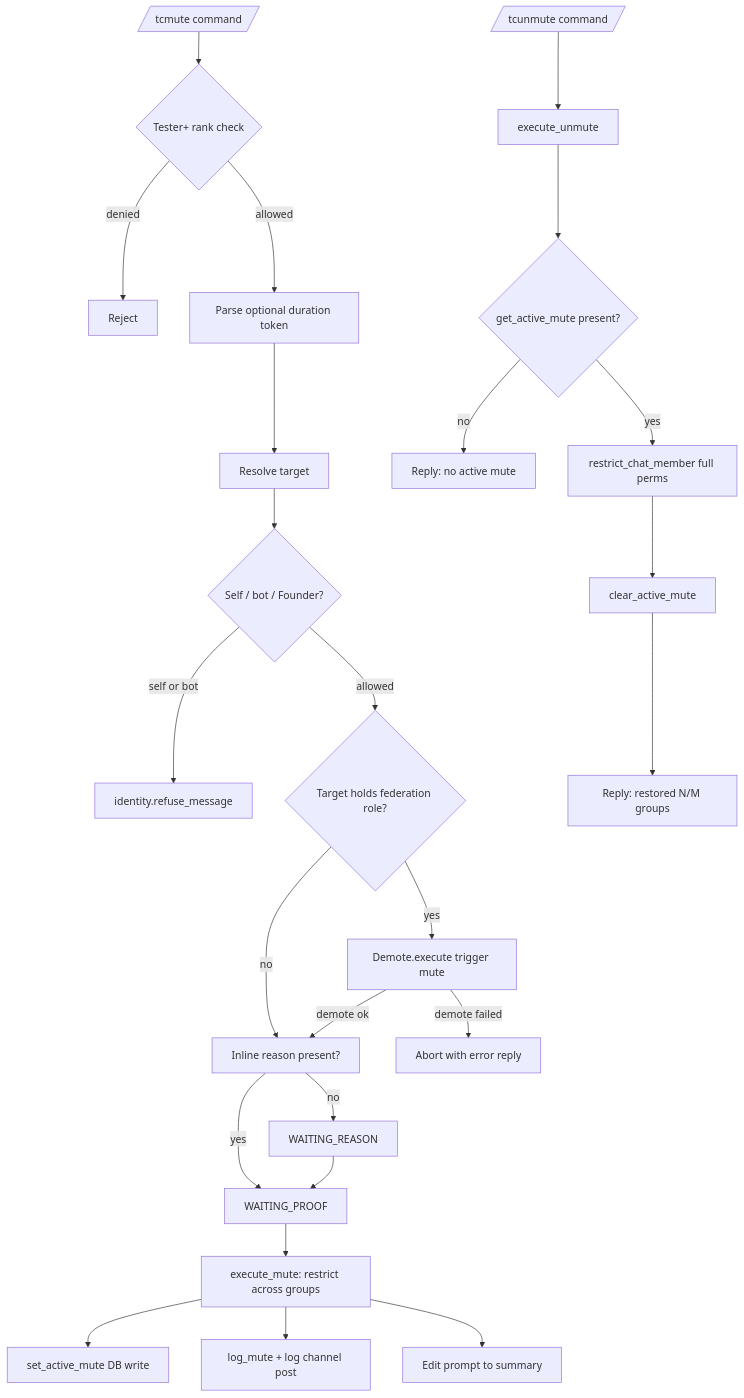
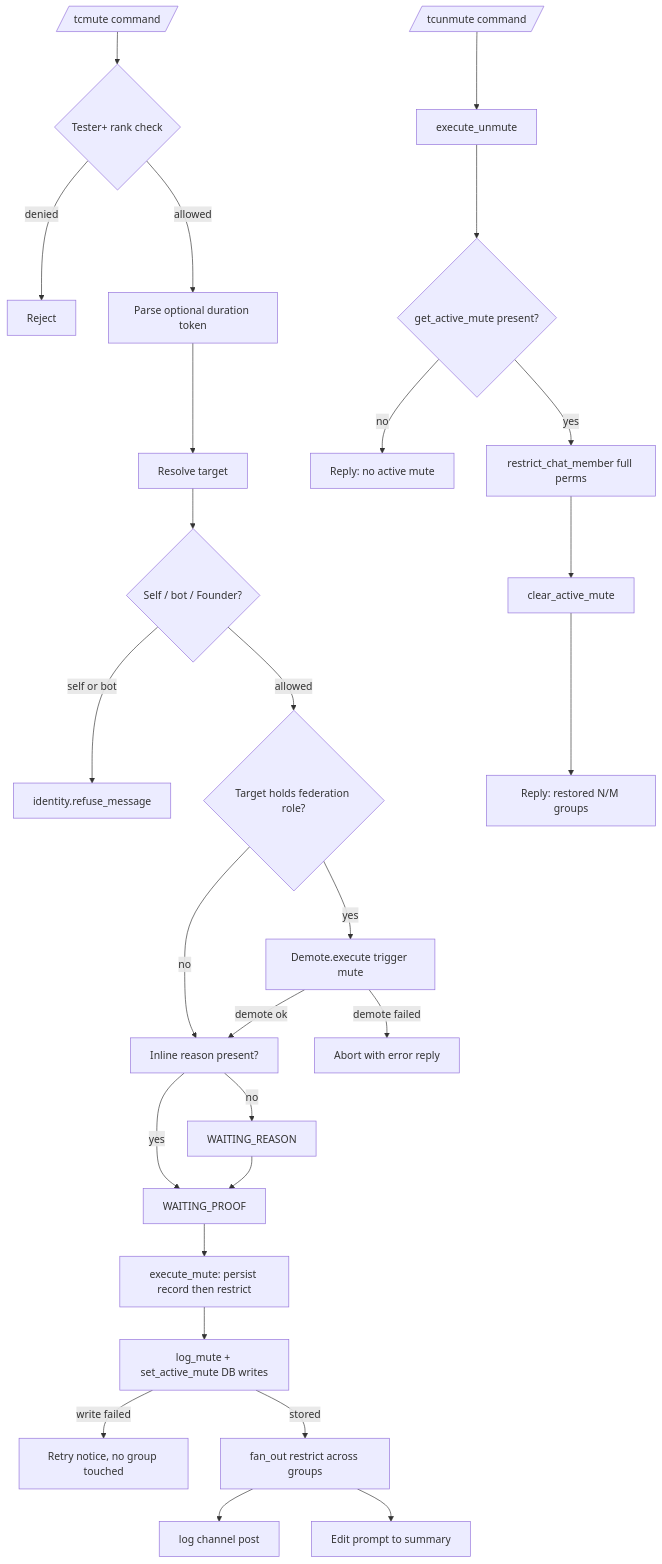
Before and after one commit to D1ZZY4/tgbot_tcf: the diagram in docs/features/moderation/muting.md, drawn with Mermaid. The commit also changed other lines of this file and 6 other files, not shown here.

````diff
--- a/docs/features/moderation/muting.md
+++ b/docs/features/moderation/muting.md
@@ -11,27 +11,29 @@
 ```mermaid
 flowchart TD
     Cmd[/tcmute command/] --> Perm{Tester+ rank check}
     Perm -->|denied| End1[Reject]
     Perm -->|allowed| Duration[Parse optional duration token]
     Duration --> Target[Resolve target]
     Target --> Ident{Self / bot / Founder?}
     Ident -->|self or bot| Refuse[identity.refuse_message]
     Ident -->|allowed| RoleCheck{Target holds federation role?}
     RoleCheck -->|yes| AutoDemote[Demote.execute trigger mute]
     RoleCheck -->|no| ReasonStep
     AutoDemote -->|demote failed| Abort[Abort with error reply]
     AutoDemote -->|demote ok| ReasonStep[Inline reason present?]
     ReasonStep -->|yes| ProofStep[WAITING_PROOF]
     ReasonStep -->|no| ReasonPrompt[WAITING_REASON]
     ReasonPrompt --> ProofStep
-    ProofStep --> Exec[execute_mute: restrict across groups]
-    Exec --> Active[set_active_mute DB write]
-    Exec --> Log[log_mute + log channel post]
-    Exec --> Reply[Edit prompt to summary]
+    ProofStep --> Exec[execute_mute: persist record then restrict]
+    Exec --> Store[log_mute + set_active_mute DB writes]
+    Store -->|write failed| AbortM[Retry notice, no group touched]
+    Store -->|stored| FanOut[fan_out restrict across groups]
+    FanOut --> Log[log channel post]
+    FanOut --> Reply[Edit prompt to summary]
     Unmute[/tcunmute command/] --> ExecU[execute_unmute]
     ExecU --> Guard{get_active_mute present?}
     Guard -->|no| NoMute[Reply: no active mute]
     Guard -->|yes| Restore[restrict_chat_member full perms]
     Restore --> Clear[clear_active_mute]
     Clear --> ReplyU[Reply: restored N/M groups]
 ```
````
